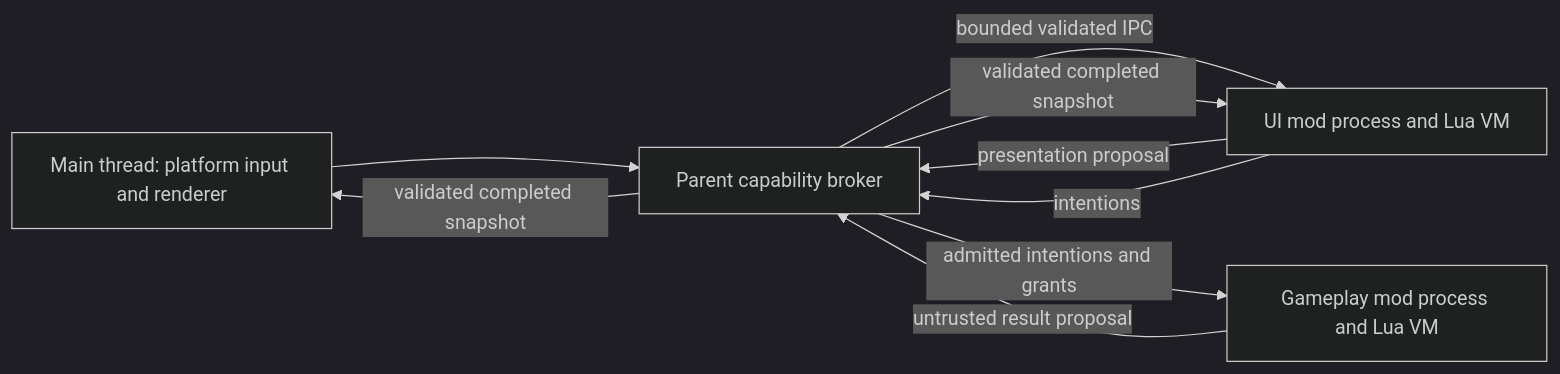
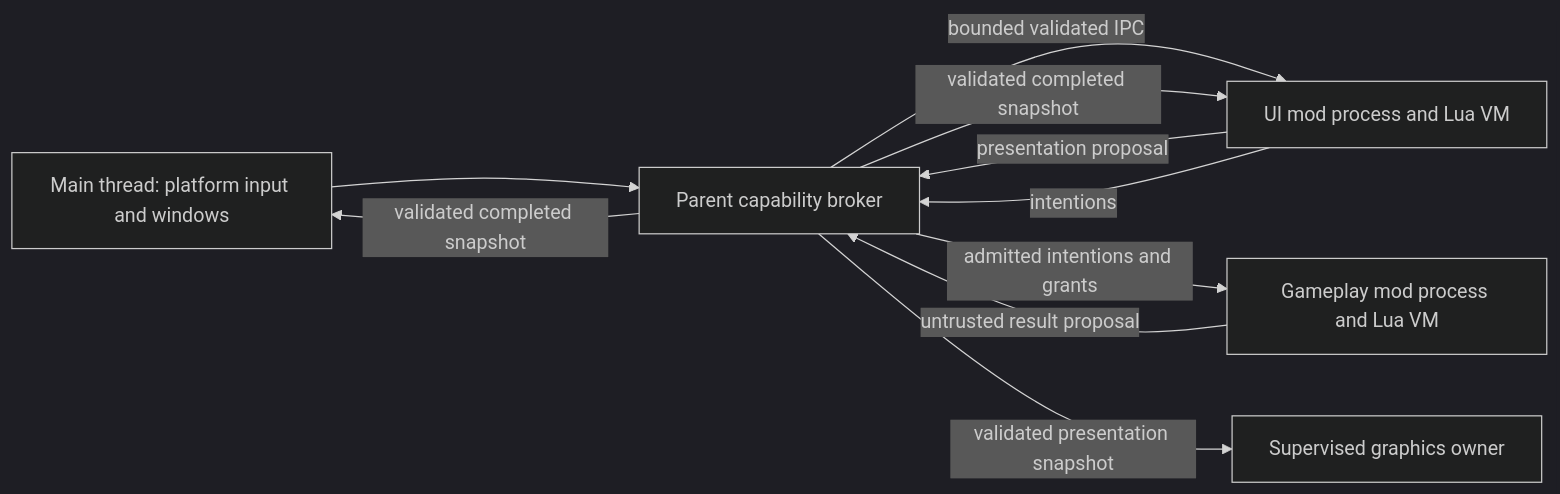
Before and after one commit to coghex/hetoimasia: the second of 2 diagrams in docs/lua_runtime_design.md, drawn with Mermaid (dark theme). The commit also changed other lines of this file and 28 other files, not shown here.

````diff
--- a/docs/lua_runtime_design.md
+++ b/docs/lua_runtime_design.md
@@ -336,11 +349,12 @@
 ```mermaid
 flowchart LR
-    Main[Main thread: platform input and renderer] --> Broker[Parent capability broker]
+    Main[Main thread: platform input and windows] --> Broker[Parent capability broker]
     Broker -->|bounded validated IPC| UI[UI mod process and Lua VM]
     UI -->|presentation proposal| Broker
     UI -->|intentions| Broker
     Broker -->|admitted intentions and grants| Game[Gameplay mod process and Lua VM]
     Game -->|untrusted result proposal| Broker
     Broker -->|validated completed snapshot| UI
     Broker -->|validated completed snapshot| Main
+    Broker -->|validated presentation snapshot| Graphics[Supervised graphics owner]
 ```
````
